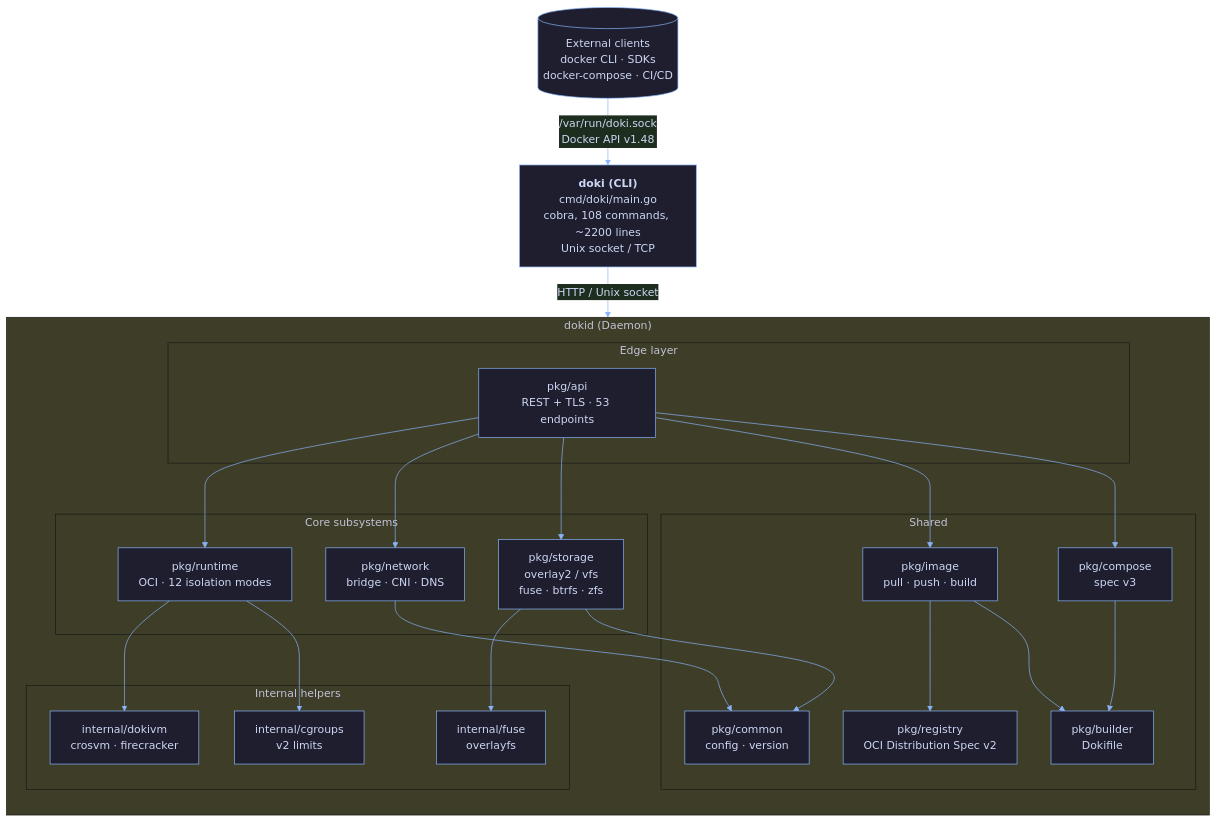
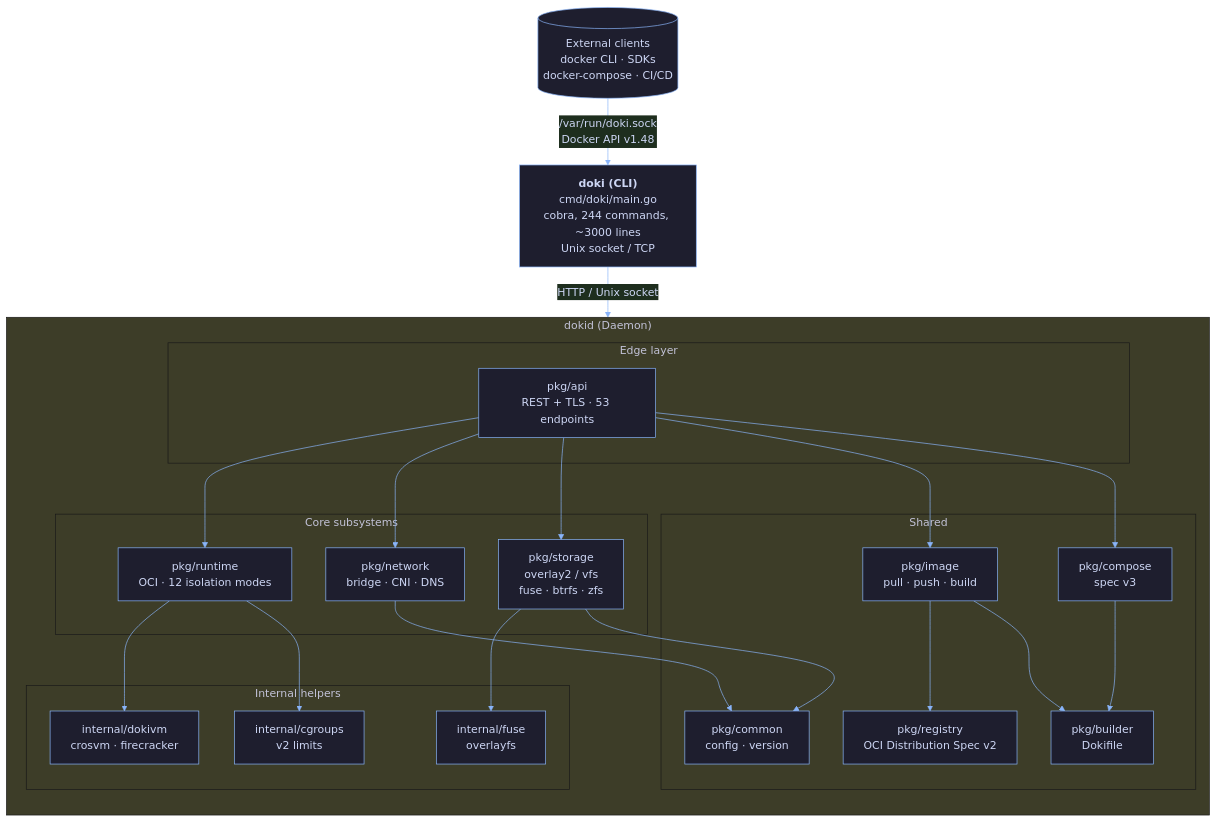
Before and after one commit to OpceanAI/Doki: the first of 2 diagrams in .wiki/Architecture.md, drawn with Mermaid. The commit also changed other lines of this file and 15 other files, not shown here.

First line of the commit message:
wiki: update all pages to v0.9.3 — DokiLink-Lite, 244 commands, armv7

````diff
--- a/.wiki/Architecture.md
+++ b/.wiki/Architecture.md
@@ -7,53 +7,53 @@
 ```mermaid
 %%{init: {'theme':'base', 'themeVariables':{'primaryColor':'#1e1e2e','primaryTextColor':'#cdd6f4','primaryBorderColor':'#89b4fa','lineColor':'#89b4fa','fontFamily':'ui-monospace,SFMono-Regular,Menlo,Monaco,monospace'}}}%%
 flowchart TB
-    CLI["<b>doki (CLI)</b><br/>cmd/doki/main.go<br/>cobra, 108 commands, ~2200 lines<br/>Unix socket / TCP"]
+    CLI["<b>doki (CLI)</b><br/>cmd/doki/main.go<br/>cobra, 244 commands, ~3000 lines<br/>Unix socket / TCP"]
     Client[("External clients<br/>docker CLI · SDKs<br/>docker-compose · CI/CD")]
 
     subgraph Daemon ["dokid (Daemon)"]
         direction TB
 
         subgraph Edge ["Edge layer"]
             API["pkg/api<br/>REST + TLS · 53 endpoints"]
         end
 
         subgraph Core ["Core subsystems"]
             Runtime["pkg/runtime<br/>OCI · 12 isolation modes"]
             Network["pkg/network<br/>bridge · CNI · DNS"]
             Storage["pkg/storage<br/>overlay2 / vfs<br/>fuse · btrfs · zfs"]
         end
 
         subgraph Internal ["Internal helpers"]
             DokiVM["internal/dokivm<br/>crosvm · firecracker"]
             Fuse["internal/fuse<br/>overlayfs"]
             Cgroups["internal/cgroups<br/>v2 limits"]
         end
 
         subgraph Shared ["Shared"]
             Common["pkg/common<br/>config · version"]
             Image["pkg/image<br/>pull · push · build"]
             Registry["pkg/registry<br/>OCI Distribution Spec v2"]
             Compose["pkg/compose<br/>spec v3"]
             Builder["pkg/builder<br/>Dokifile"]
         end
     end
 
     Client -->|"/var/run/doki.sock<br/>Docker API v1.48"| CLI
     CLI -->|HTTP / Unix socket| API
 
     API --> Runtime
     API --> Network
     API --> Storage
     API --> Image
     API --> Compose
 
     Runtime --> DokiVM
     Storage --> Fuse
     Runtime --> Cgroups
     Network --> Common
     Storage --> Common
 
     Image --> Registry
     Image --> Builder
     Compose --> Builder
 ```
````
